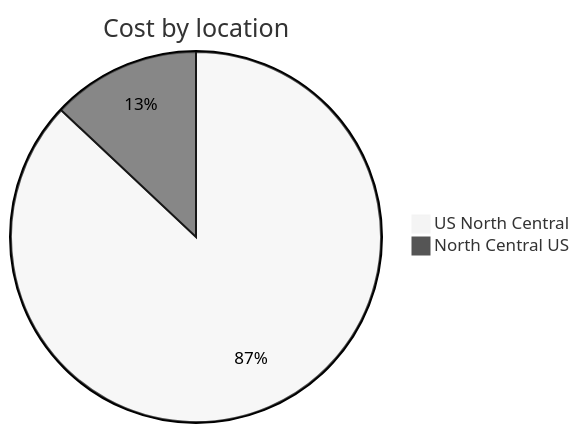
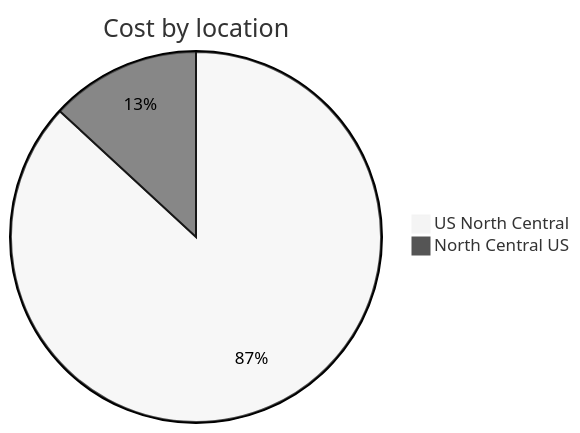
Before and after one commit to jpfulton/azure-personal-reports: the third of 4 diagrams in cost-reports/personal-network/backup-server_OsDisk.md, drawn with Mermaid (neutral theme). The commit also changed other lines of this file and 7 other files, not shown here.

````diff
--- a/cost-reports/personal-network/backup-server_OsDisk.md
+++ b/cost-reports/personal-network/backup-server_OsDisk.md
@@ -108,6 +108,6 @@
 ```mermaid
 pie
    title Cost by location
-   "US North Central" : 1.34
-   "North Central US" : 0.20
+   "US North Central" : 1.39
+   "North Central US" : 0.21
 ```
````
